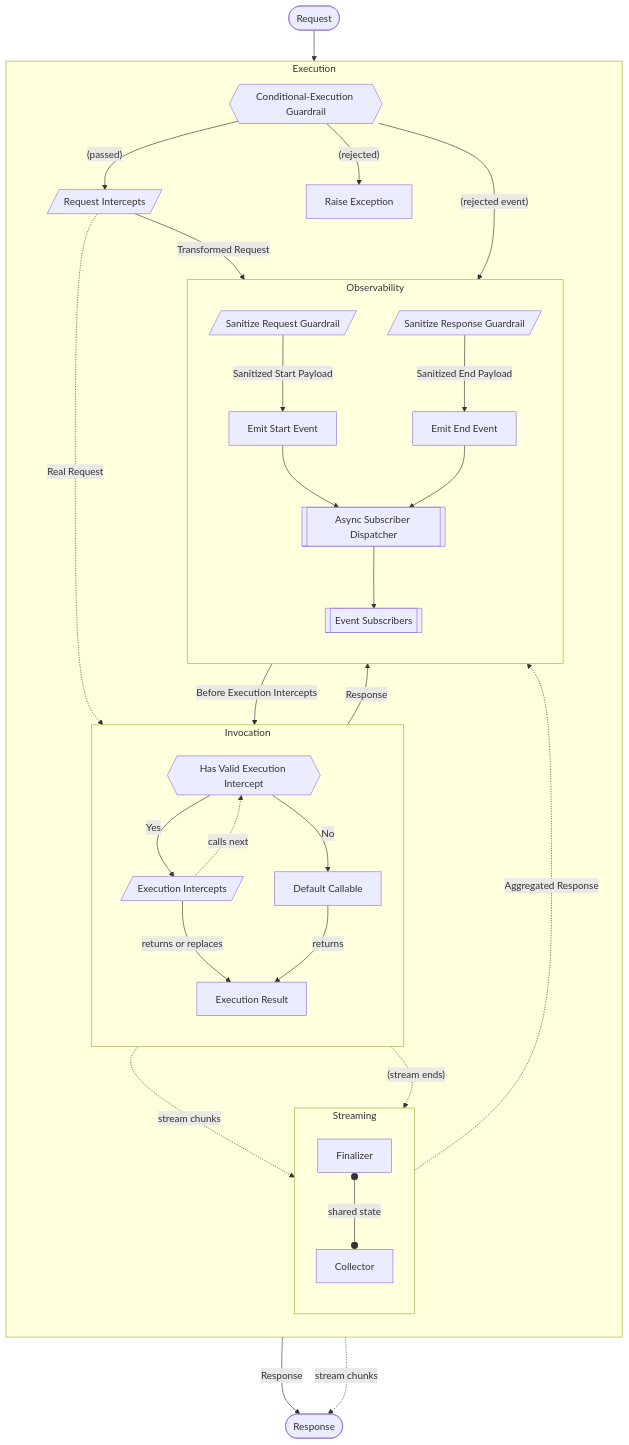
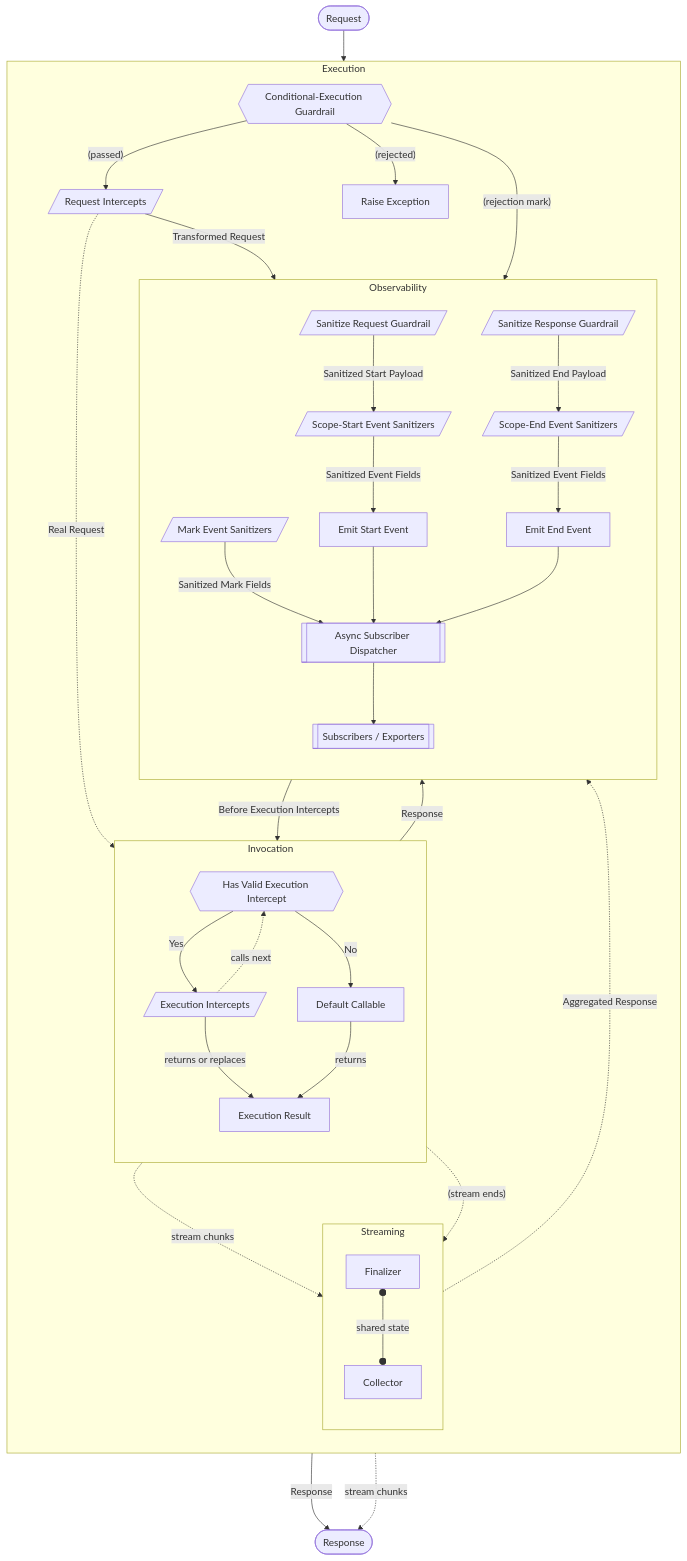
Before and after one commit to NVIDIA/NeMo-Relay: the second of 2 diagrams in fern/pages-dev/about-nemo-relay/concepts/middleware.mdx, drawn with Mermaid. The commit also changed other lines of this file and 14 other files, not shown here.

````diff
--- a/fern/pages-dev/about-nemo-relay/concepts/middleware.mdx
+++ b/fern/pages-dev/about-nemo-relay/concepts/middleware.mdx
@@ -180,72 +203,78 @@
 ```mermaid
 flowchart TB
     Request([Request])
 
     subgraph Execution
         direction TB
         ConditionalExecutionGuardrails{{Conditional-Execution Guardrail}}
         RequestIntercepts[/Request Intercepts/]
         RaiseException[Raise Exception]
         subgraph Invocation
             direction TB
             HasExecutionIntercept{{Has Valid Execution Intercept}}
             ExecutionIntercepts[/Execution Intercepts/]
             DefaultCallable[Default Callable]
             InterceptResult[Execution Result]
         end
 
         subgraph Streaming
             direction TB
             Finalizer[Finalizer]
             Collector[Collector]
         end
 
         subgraph Observability
             direction TB
             SanitizeRequestGuardrails[/Sanitize Request Guardrail/]
             SanitizeResponseGuardrails[/Sanitize Response Guardrail/]
+            MarkSanitizers[/Mark Event Sanitizers/]
+            ScopeStartSanitizers[/Scope-Start Event Sanitizers/]
+            ScopeEndSanitizers[/Scope-End Event Sanitizers/]
             StartEvent[Emit Start Event]
             EndEvent[Emit End Event]
             Dispatcher[["Async Subscriber Dispatcher"]]
-            EventSubscribers[["Event Subscribers"]]
+            EventConsumers[["Subscribers / Exporters"]]
         end
     end
 
     Response([Response])
 
     Request --> ConditionalExecutionGuardrails
     RequestIntercepts -->|Transformed Request| SanitizeRequestGuardrails
-    ConditionalExecutionGuardrails -->|"(rejected event)"| Dispatcher
+    ConditionalExecutionGuardrails -->|"(rejection mark)"| MarkSanitizers
+    MarkSanitizers -->|Sanitized Mark Fields| Dispatcher
     ConditionalExecutionGuardrails -->|"(rejected)"| RaiseException
     ConditionalExecutionGuardrails -->|"(passed)"| RequestIntercepts
-    SanitizeRequestGuardrails -->|Sanitized Start Payload| StartEvent
+    SanitizeRequestGuardrails -->|Sanitized Start Payload| ScopeStartSanitizers
+    ScopeStartSanitizers -->|Sanitized Event Fields| StartEvent
     StartEvent --> Dispatcher
-    Dispatcher --> EventSubscribers
+    Dispatcher --> EventConsumers
     StartEvent -->|Before Execution Intercepts| HasExecutionIntercept
     RequestIntercepts -.->|Real Request| HasExecutionIntercept
 
     HasExecutionIntercept -->|No| DefaultCallable
     HasExecutionIntercept -->|Yes| ExecutionIntercepts
     ExecutionIntercepts -.->|calls next| HasExecutionIntercept
     ExecutionIntercepts -->|returns or replaces| InterceptResult
     DefaultCallable -->|returns| InterceptResult
 
     InterceptResult -->|Response| SanitizeResponseGuardrails
     InterceptResult -->|Response| Response
 
     InterceptResult -.->|stream chunks| Collector
     Collector -..->|stream chunks| Response
     InterceptResult -.->|"(stream ends)"| Finalizer
     Finalizer -.->|Aggregated Response| SanitizeResponseGuardrails
     Finalizer o--o|shared state| Collector
 
-    SanitizeResponseGuardrails -->|Sanitized End Payload| EndEvent
+    SanitizeResponseGuardrails -->|Sanitized End Payload| ScopeEndSanitizers
+    ScopeEndSanitizers -->|Sanitized Event Fields| EndEvent
     EndEvent --> Dispatcher
 
     class Execution,Invocation,Streaming,Observability,Request,Response grey-lightest;
-    class Dispatcher,EventSubscribers,StartEvent,EndEvent teal-lightest;
+    class Dispatcher,EventConsumers,StartEvent,EndEvent teal-lightest;
     class RequestIntercepts,HasExecutionIntercept,ExecutionIntercepts yellow-lightest;
-    class ConditionalExecutionGuardrails,SanitizeRequestGuardrails,SanitizeResponseGuardrails green-lightest;
+    class ConditionalExecutionGuardrails,SanitizeRequestGuardrails,SanitizeResponseGuardrails,MarkSanitizers,ScopeStartSanitizers,ScopeEndSanitizers green-lightest;
     class RaiseException red-lightest;
     class DefaultCallable,InterceptResult,Collector,Finalizer magenta-lightest;
 ```
````
